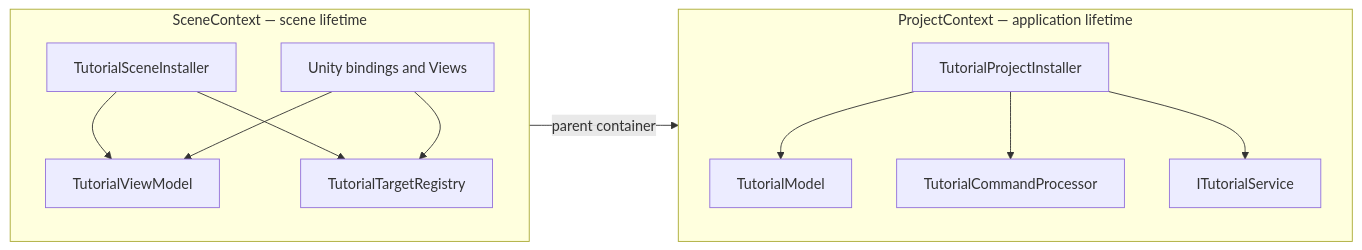
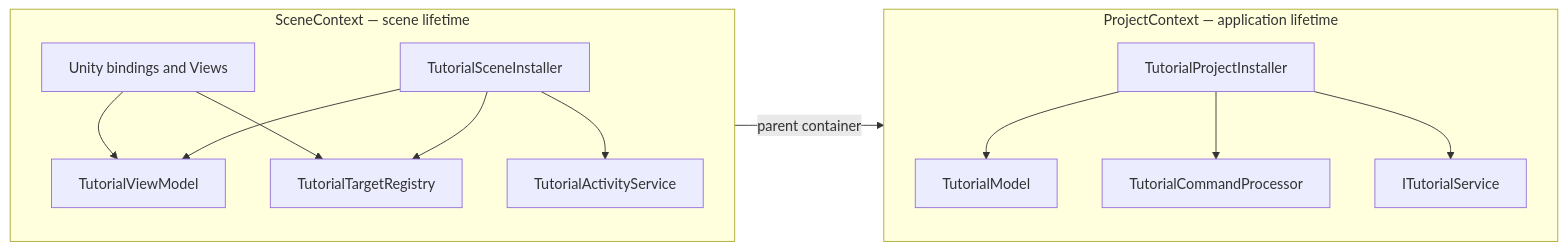
The second of 7 diagrams in README.md (czeberesco/AMTutorialArchitecture), drawn with Mermaid before and after one commit. The commit also changed other lines of this file and 74 other files, not shown here.

````diff
--- a/README.md
+++ b/README.md
@@ -64,25 +68,27 @@
 ```mermaid
 flowchart LR
     subgraph ProjectContext[ProjectContext — application lifetime]
         ProjectInstaller[TutorialProjectInstaller]
         Model[TutorialModel]
         Processor[TutorialCommandProcessor]
         Service[ITutorialService]
         ProjectInstaller --> Model
         ProjectInstaller --> Processor
         ProjectInstaller --> Service
     end
 
     subgraph SceneContext[SceneContext — scene lifetime]
         SceneInstaller[TutorialSceneInstaller]
         VM[TutorialViewModel]
         Registry[TutorialTargetRegistry]
+        Activity[TutorialActivityService]
         Bindings[Unity bindings and Views]
         SceneInstaller --> VM
         SceneInstaller --> Registry
+        SceneInstaller --> Activity
         Bindings --> VM
         Bindings --> Registry
     end
 
     SceneContext -->|parent container| ProjectContext
 ```
````
